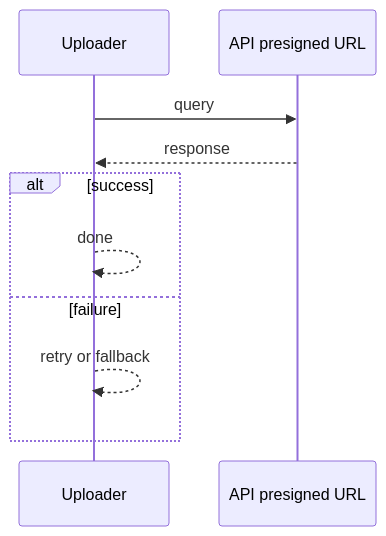
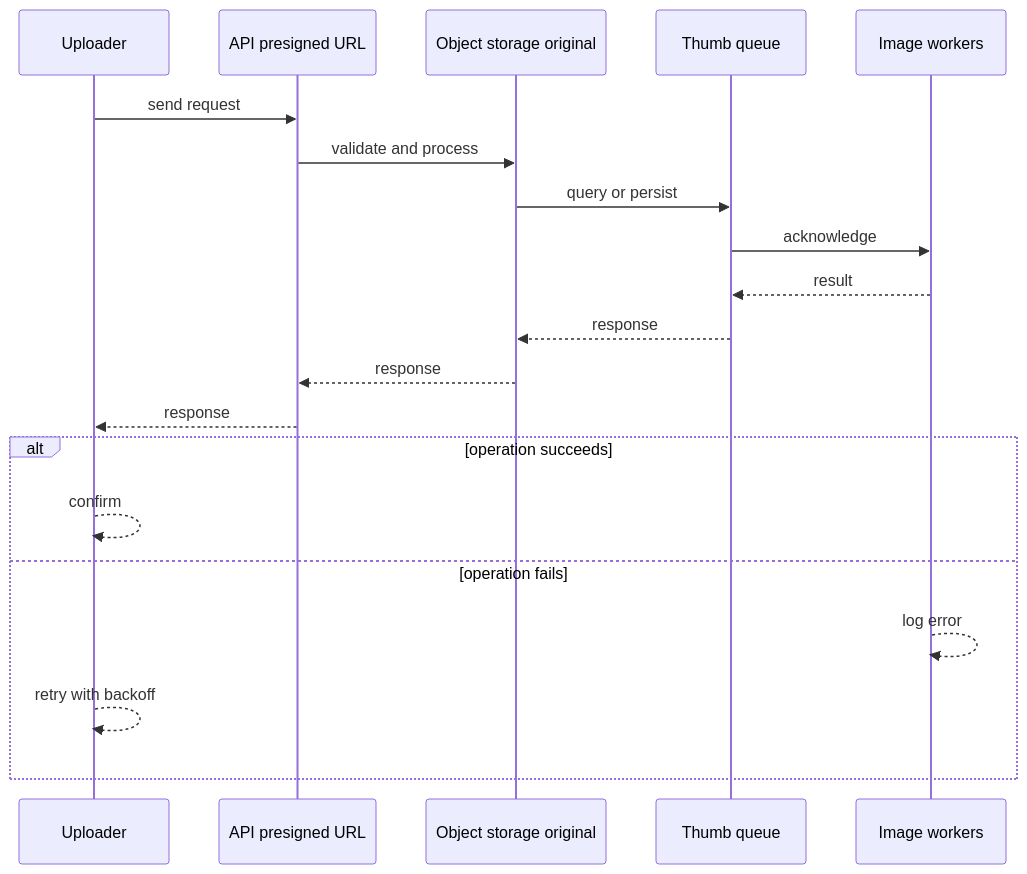
The second of 4 diagrams in case-studies/intermediate/photo-sharing-platform.md (RIT-MESH/system-design-mastery), drawn with Mermaid before and after one commit. The commit also changed other lines of this file and 64 other files, not shown here.

````diff
--- a/case-studies/intermediate/photo-sharing-platform.md
+++ b/case-studies/intermediate/photo-sharing-platform.md
@@ -74,13 +66,23 @@
 ```mermaid
 %% created-for: system-design-mastery
 sequenceDiagram
-  participant P0 as Uploader
-  participant P1 as API presigned URL
-  P0 ->> P1: query
-  P1 -->> P0: response
-  alt success
-    P0 -->> P0: done
-  else failure
-    P0 -->> P0: retry or fallback
+  participant C0 as Uploader
+  participant C1 as API presigned URL
+  participant C2 as Object storage original
+  participant C3 as Thumb queue
+  participant C4 as Image workers
+  C0 ->> C1: send request
+  C1 ->> C2: validate and process
+  C2 ->> C3: query or persist
+  C3 ->> C4: acknowledge
+  C4 -->> C3: result
+  C3 -->> C2: response
+  C2 -->> C1: response
+  C1 -->> C0: response
+  alt operation succeeds
+    C0 -->> C0: confirm
+  else operation fails
+    C4 -->> C4: log error
+    C0 -->> C0: retry with backoff
   end
 ```
````
